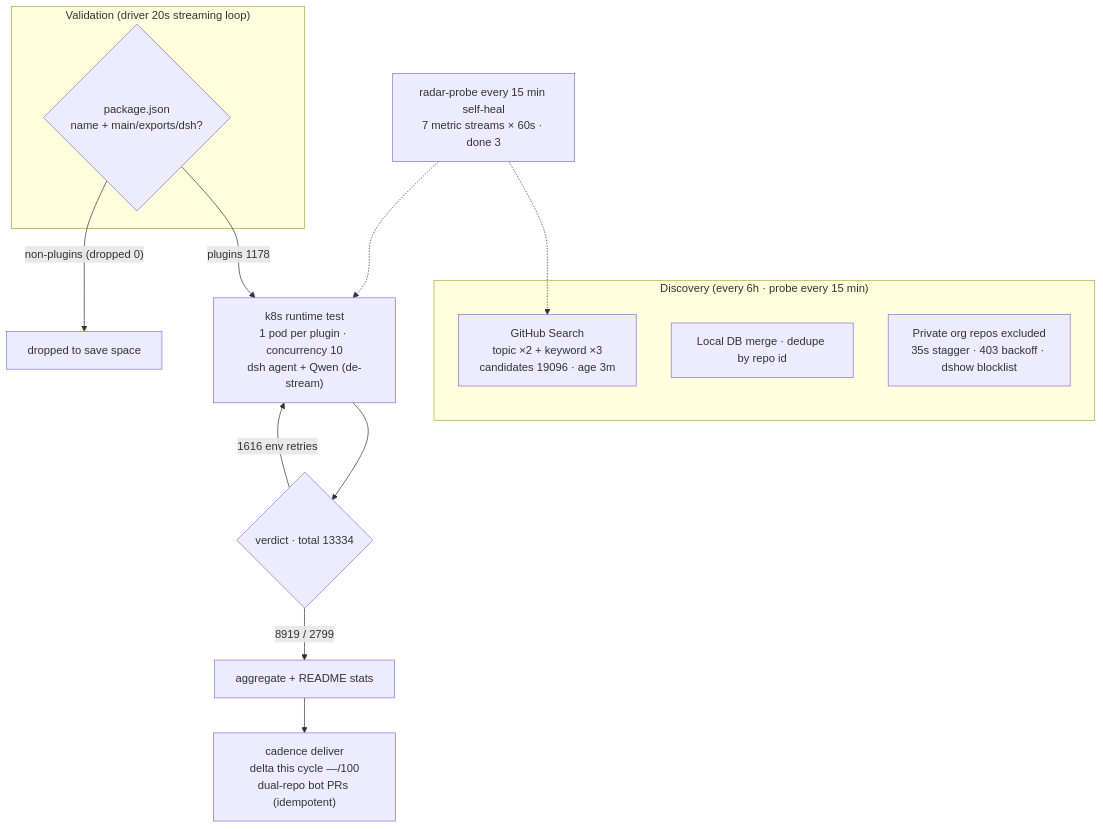
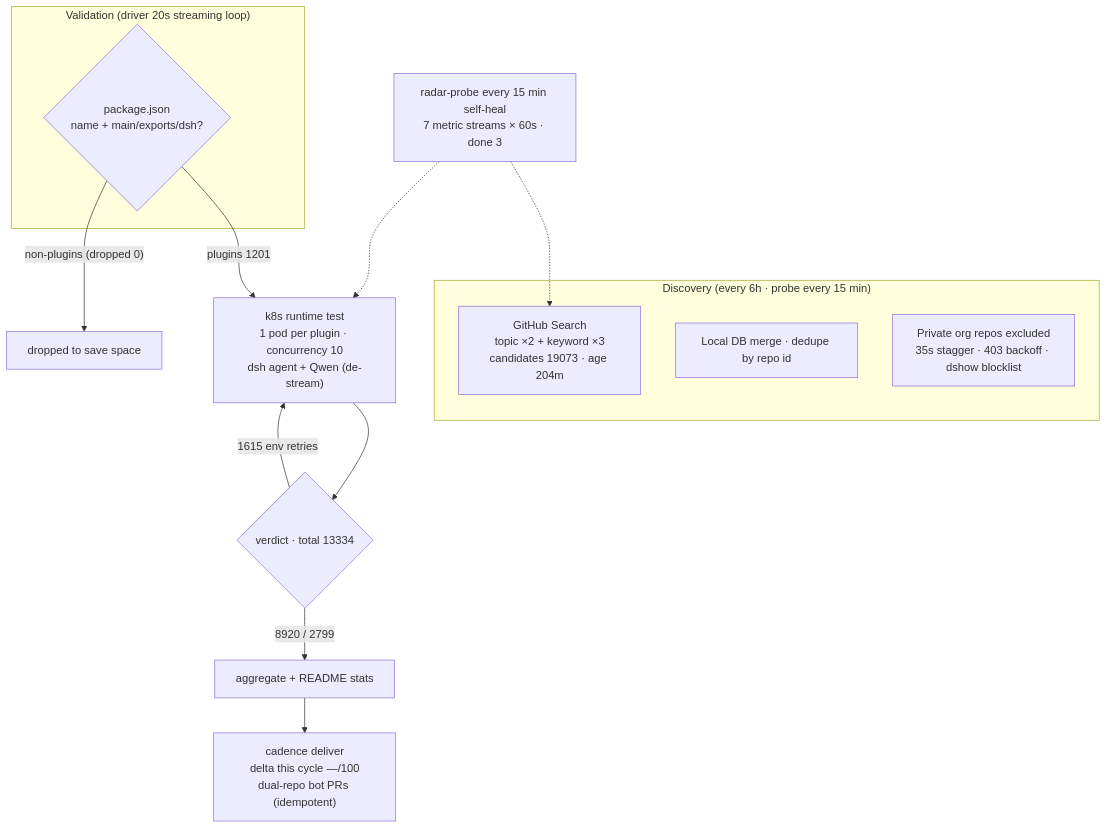
The diagram in README.en-US.md (AdamPlatin123/dsh-plugin-radar), drawn with Mermaid before and after one commit. The commit also changed other lines of this file and 17 other files, not shown here.

````diff
--- a/README.en-US.md
+++ b/README.en-US.md
@@ -45,20 +45,20 @@
 ```mermaid
 flowchart TB
     subgraph Discovery["Discovery (every 6h · probe every 15 min)"]
-        A1["GitHub Search<br/>topic ×2 + keyword ×3<br/>candidates 19096 · age 3m"]
+        A1["GitHub Search<br/>topic ×2 + keyword ×3<br/>candidates 19073 · age 204m"]
         A2["Local DB merge · dedupe by repo id"]
         A3["Private org repos excluded<br/>35s stagger · 403 backoff · dshow blocklist"]
     end
     subgraph Validation["Validation (driver 20s streaming loop)"]
         B1{"package.json<br/>name + main/exports/dsh?"}
     end
-    B1 -->|"plugins 1178"| C1["k8s runtime test<br/>1 pod per plugin · concurrency 10<br/>dsh agent + Qwen (de-stream)"]
+    B1 -->|"plugins 1201"| C1["k8s runtime test<br/>1 pod per plugin · concurrency 10<br/>dsh agent + Qwen (de-stream)"]
     B1 -->|"non-plugins (dropped 0)"| B3["dropped to save space"]
     C1 --> D1{"verdict · total 13334"}
-    D1 -->|"8919 / 2799"| E1["aggregate + README stats"]
-    D1 -->|"1616 env retries"| C1
+    D1 -->|"8920 / 2799"| E1["aggregate + README stats"]
+    D1 -->|"1615 env retries"| C1
     E1 --> E2["cadence deliver<br/>delta this cycle —/100<br/>dual-repo bot PRs (idempotent)"]
     M["radar-probe every 15 min self-heal<br/>7 metric streams × 60s · done 3"]
     M -.-> A1
     M -.-> C1
 ```
````
